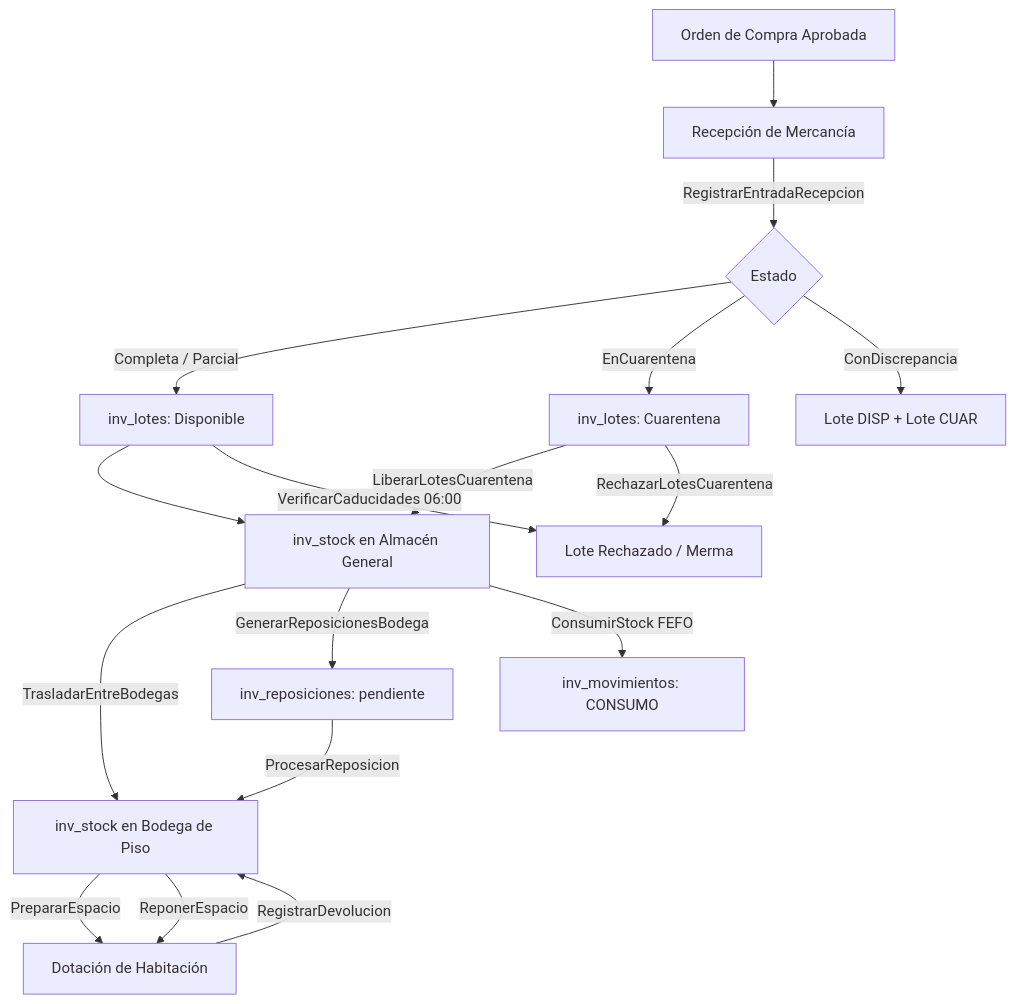
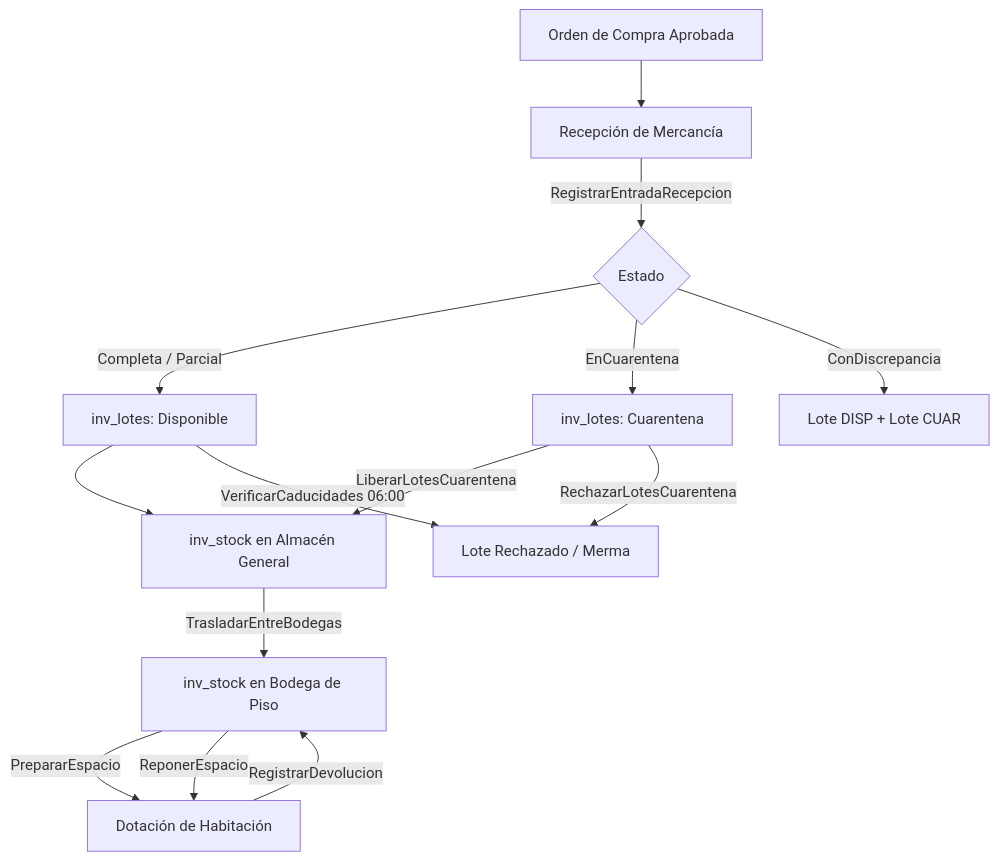
The diagram in docs/inventario/README.md (juanjose23/hotel-bugambilia), drawn with Mermaid before and after one commit. The commit also changed other lines of this file and 128 other files, not shown here.

````diff
--- a/docs/inventario/README.md
+++ b/docs/inventario/README.md
@@ -76,23 +75,19 @@
 ```mermaid
 graph TD
     A[Orden de Compra Aprobada] --> B[Recepción de Mercancía]
     B -->|RegistrarEntradaRecepcion| C{Estado}
     C -->|Completa / Parcial| D[inv_lotes: Disponible]
     C -->|EnCuarentena| E[inv_lotes: Cuarentena]
     C -->|ConDiscrepancia| F[Lote DISP + Lote CUAR]
 
     D --> G[inv_stock en Almacén General]
     E -->|LiberarLotesCuarentena| G
     E -->|RechazarLotesCuarentena| Z[Lote Rechazado / Merma]
 
     G -->|TrasladarEntreBodegas| H[inv_stock en Bodega de Piso]
     H -->|PrepararEspacio| I[Dotación de Habitación]
     H -->|ReponerEspacio| I
     I -->|RegistrarDevolucion| H
 
-    G -->|GenerarReposicionesBodega| J[inv_reposiciones: pendiente]
-    J -->|ProcesarReposicion| H
-
     D -->|VerificarCaducidades 06:00| Z
-    G -->|ConsumirStock FEFO| K[inv_movimientos: CONSUMO]
 ```
````
